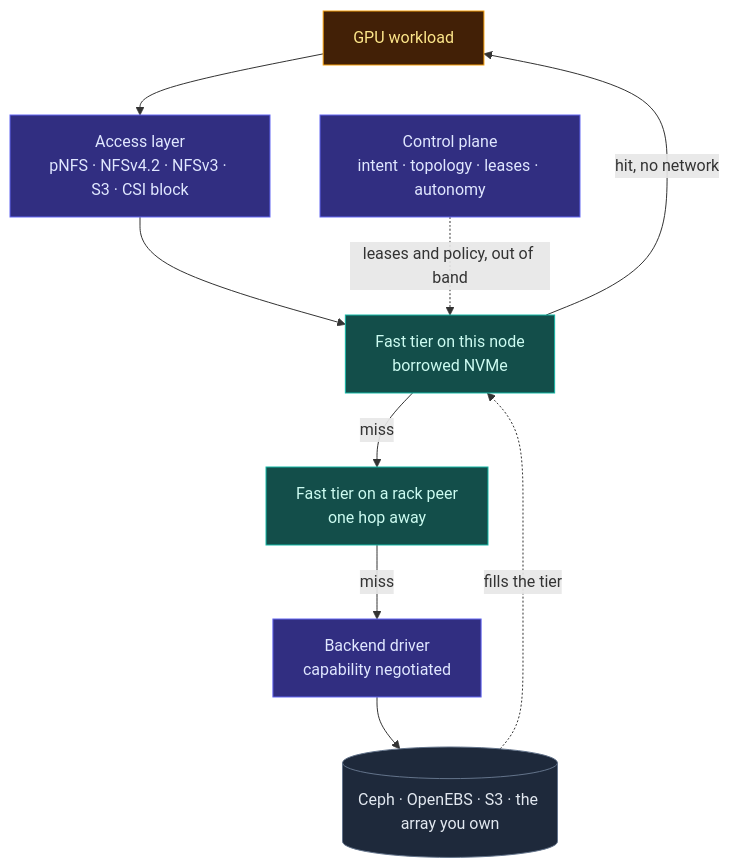
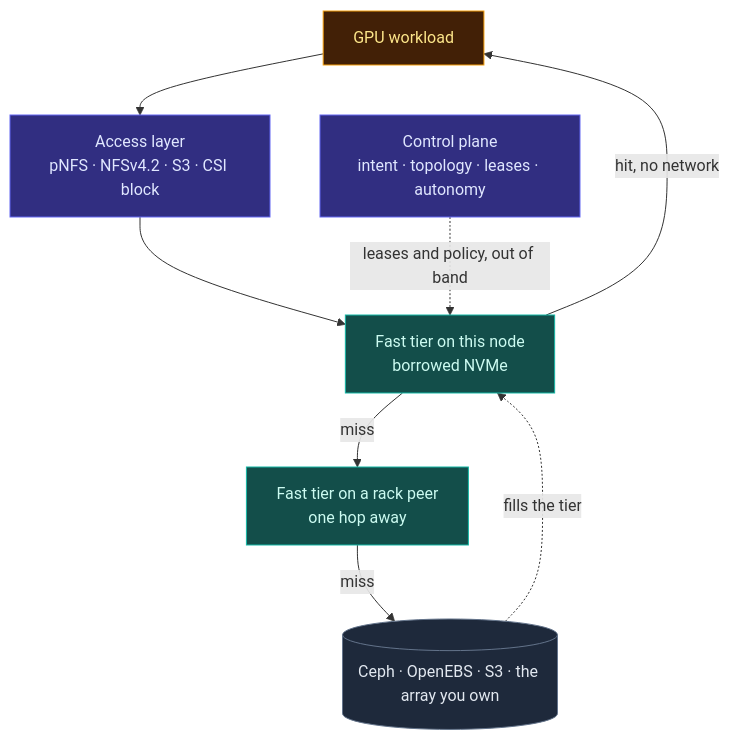
The diagram in README.md (mayur-tolexo/forebay), drawn with Mermaid before and after one commit. The commit also changed other lines of this file and 1 other file, not shown here.

````diff
--- a/README.md
+++ b/README.md
@@ -114,26 +41,25 @@
 ```mermaid
 flowchart TB
     job["GPU workload"]
-    acc["Access layer<br/>pNFS · NFSv4.2 · NFSv3 · S3 · CSI block"]
+    acc["Access layer<br/>pNFS · NFSv4.2 · S3 · CSI block"]
     localTier["Fast tier on this node<br/>borrowed NVMe"]
     rackTier["Fast tier on a rack peer<br/>one hop away"]
-    drv["Backend driver<br/>capability negotiated"]
     store[("Ceph · OpenEBS · S3 · the array you own")]
     cp["Control plane<br/>intent · topology · leases · autonomy"]
 
     job --> acc --> localTier
     localTier -->|hit, no network| job
     localTier -->|miss| rackTier
-    rackTier -->|miss| drv --> store
+    rackTier -->|miss| store
     store -.->|fills the tier| localTier
     cp -.->|leases and policy, out of band| localTier
 
     classDef control fill:#312E81,stroke:#6366F1,color:#E0E7FF
     classDef fast fill:#134E4A,stroke:#14B8A6,color:#CCFBF1
     classDef durable fill:#1E293B,stroke:#64748B,color:#E2E8F0
     classDef compute fill:#422006,stroke:#F59E0B,color:#FDE68A
-    class cp,acc,drv control
+    class cp,acc control
     class localTier,rackTier fast
     class store durable
     class job compute
 ```
````
